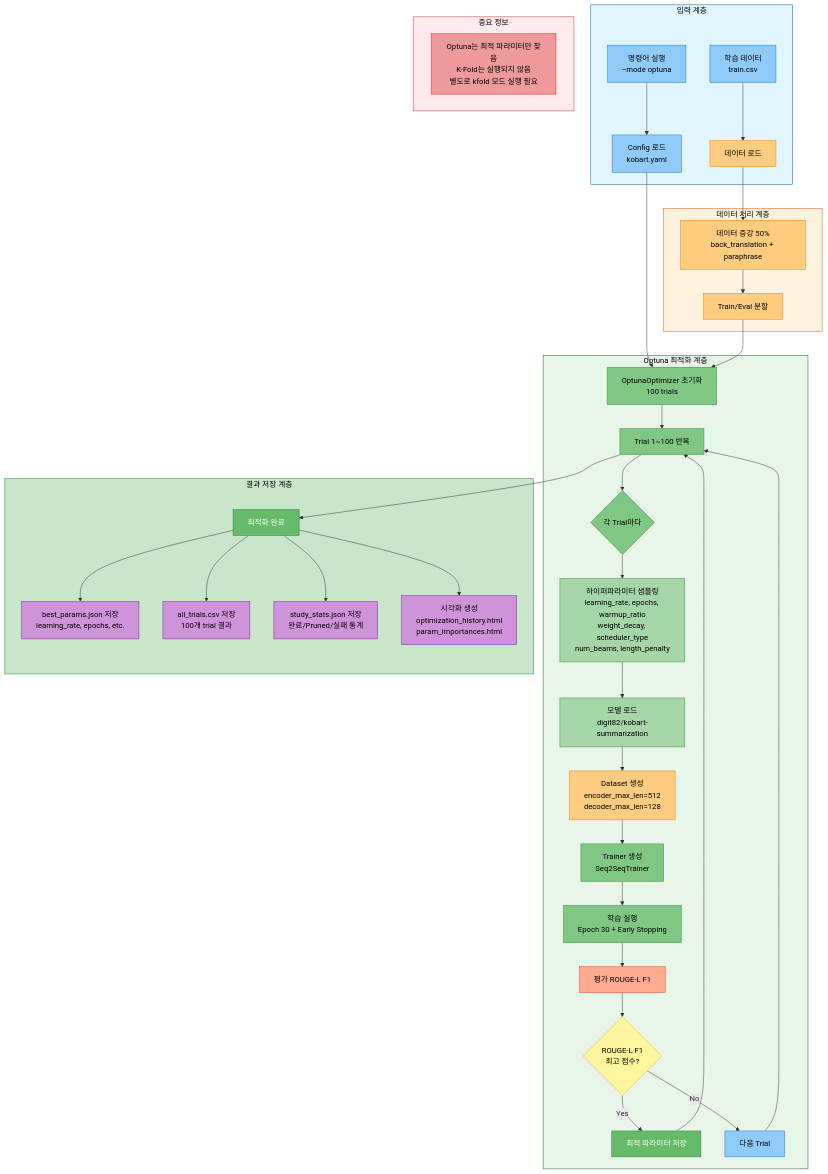
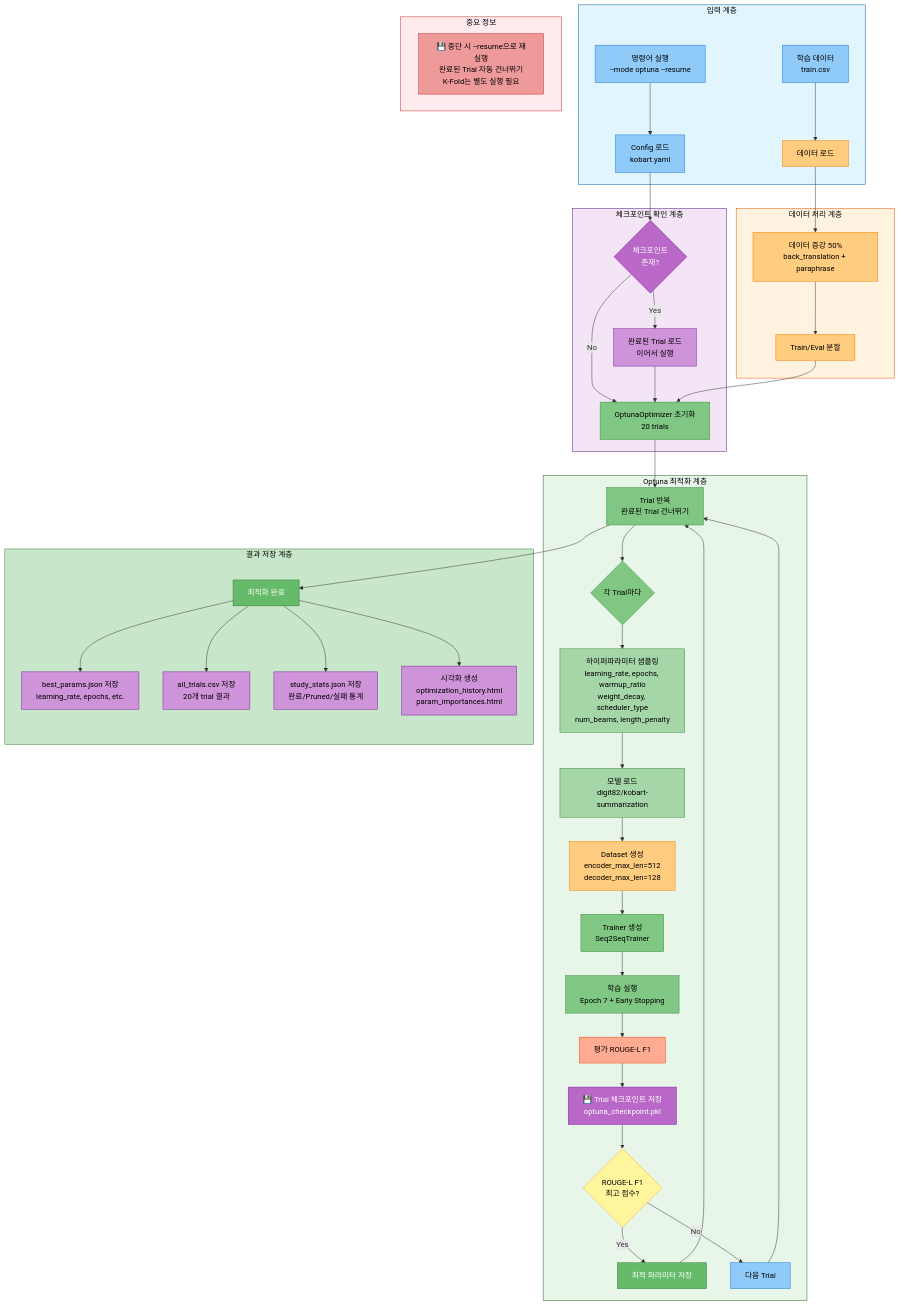
Before and after one commit to AIBootcamp14/naturallanguageprocessingcompetition-nlp-1: the second of 6 diagrams in docs/모듈화/04_02_KoBART_단일모델_최강_성능_전략.md, drawn with Mermaid. The commit also changed other lines of this file, not shown here.

````diff
--- a/docs/모듈화/04_02_KoBART_단일모델_최강_성능_전략.md
+++ b/docs/모듈화/04_02_KoBART_단일모델_최강_성능_전략.md
@@ -100,7 +100,7 @@
 ```mermaid
 graph TB
     subgraph Input["입력 계층"]
-        A[명령어 실행<br/>--mode optuna] --> B[Config 로드<br/>kobart.yaml]
+        A[명령어 실행<br/>--mode optuna --resume] --> B[Config 로드<br/>kobart.yaml]
         A1[학습 데이터<br/>train.csv] --> C[데이터 로드]
     end
 
@@ -109,18 +109,25 @@
         D --> E[Train/Eval 분할]
     end
 
+    subgraph Checkpoint1["체크포인트 확인 계층"]
+        B --> CP1{체크포인트<br/>존재?}
+        CP1 -->|Yes| CP2[완료된 Trial 로드<br/>이어서 실행]
+        CP1 -->|No| F[OptunaOptimizer 초기화<br/>20 trials]
+        CP2 --> F
+    end
+
     subgraph Optimization["Optuna 최적화 계층"]
-        B --> F[OptunaOptimizer 초기화<br/>100 trials]
         E --> F
-        F --> G[Trial 1~100 반복]
+        F --> G[Trial 반복<br/>완료된 Trial 건너뛰기]
         G --> H{각 Trial마다}
         H --> I[하이퍼파라미터 샘플링<br/>learning_rate, epochs, warmup_ratio<br/>weight_decay, scheduler_type<br/>num_beams, length_penalty]
         I --> J[모델 로드<br/>digit82/kobart-summarization]
         J --> K[Dataset 생성<br/>encoder_max_len=512<br/>decoder_max_len=128]
         K --> L[Trainer 생성<br/>Seq2SeqTrainer]
-        L --> M[학습 실행<br/>Epoch 30 + Early Stopping]
+        L --> M[학습 실행<br/>Epoch 7 + Early Stopping]
         M --> N[평가 ROUGE-L F1]
-        N --> O{ROUGE-L F1<br/>최고 점수?}
+        N --> CP3[💾 Trial 체크포인트 저장<br/>optuna_checkpoint.pkl]
+        CP3 --> O{ROUGE-L F1<br/>최고 점수?}
         O -->|Yes| P[최적 파라미터 저장]
         O -->|No| Q[다음 Trial]
         Q --> G
@@ -130,17 +137,18 @@
     subgraph Results["결과 저장 계층"]
         G --> R[최적화 완료]
         R --> S[best_params.json 저장<br/>learning_rate, epochs, etc.]
-        R --> T[all_trials.csv 저장<br/>100개 trial 결과]
+        R --> T[all_trials.csv 저장<br/>20개 trial 결과]
         R --> U[study_stats.json 저장<br/>완료/Pruned/실패 통계]
         R --> V[시각화 생성<br/>optimization_history.html<br/>param_importances.html]
     end
 
     subgraph Warning["중요 정보"]
-        W[Optuna는 최적 파라미터만 찾음<br/>K-Fold는 실행되지 않음<br/>별도로 kfold 모드 실행 필요]
+        W[💾 중단 시 --resume으로 재실행<br/>완료된 Trial 자동 건너뛰기<br/>K-Fold는 별도 실행 필요]
     end
 
     style Input fill:#e1f5ff,stroke:#01579b,color:#000
     style DataProcess fill:#fff3e0,stroke:#e65100,color:#000
+    style Checkpoint1 fill:#f3e5f5,stroke:#4a148c,color:#000
     style Optimization fill:#e8f5e9,stroke:#1b5e20,color:#000
     style Results fill:#c8e6c9,stroke:#2e7d32,color:#000
     style Warning fill:#ffebee,stroke:#c62828,color:#000
@@ -151,6 +159,8 @@
     style C fill:#ffcc80,stroke:#f57c00,color:#000
     style D fill:#ffcc80,stroke:#f57c00,color:#000
     style E fill:#ffcc80,stroke:#f57c00,color:#000
+    style CP1 fill:#ba68c8,stroke:#7b1fa2,color:#fff
+    style CP2 fill:#ce93d8,stroke:#7b1fa2,color:#000
     style F fill:#81c784,stroke:#388e3c,color:#000
     style G fill:#81c784,stroke:#388e3c,color:#000
     style H fill:#81c784,stroke:#388e3c,color:#000
@@ -160,6 +170,7 @@
     style L fill:#81c784,stroke:#388e3c,color:#000
     style M fill:#81c784,stroke:#388e3c,color:#000
     style N fill:#ffab91,stroke:#e64a19,color:#000
+    style CP3 fill:#ba68c8,stroke:#7b1fa2,color:#fff
     style O fill:#fff59d,stroke:#f9a825,color:#000
     style P fill:#66bb6a,stroke:#2e7d32,color:#fff
     style Q fill:#90caf9,stroke:#1976d2,color:#000
````
